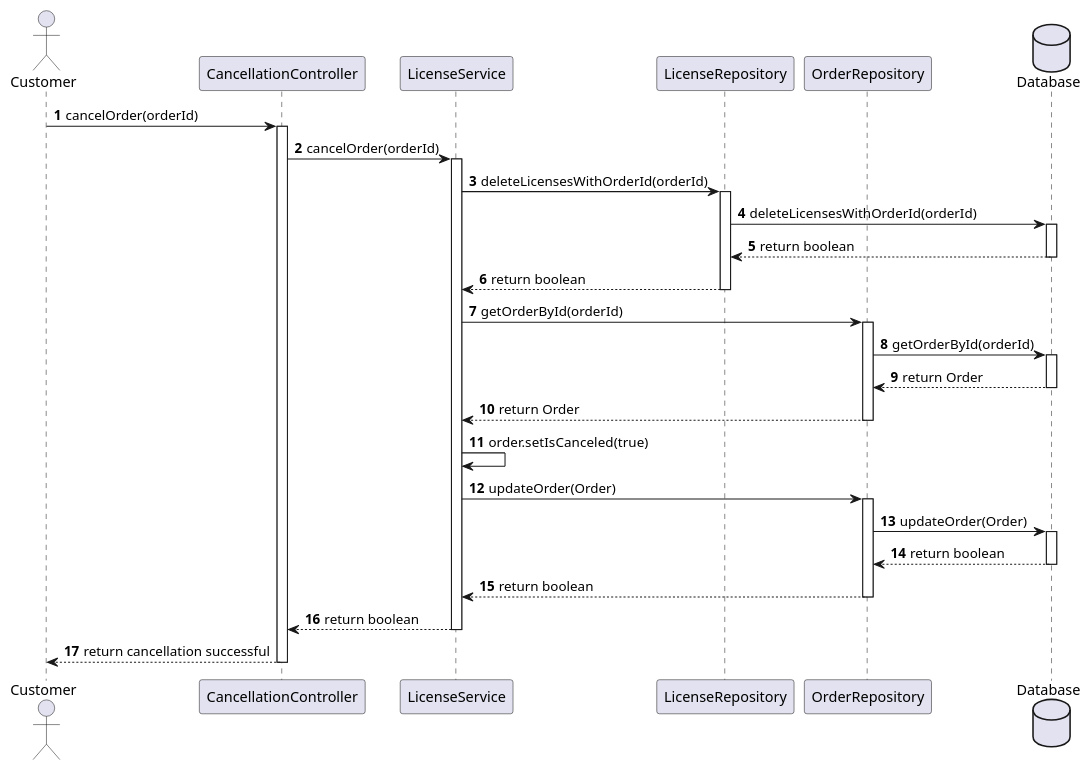
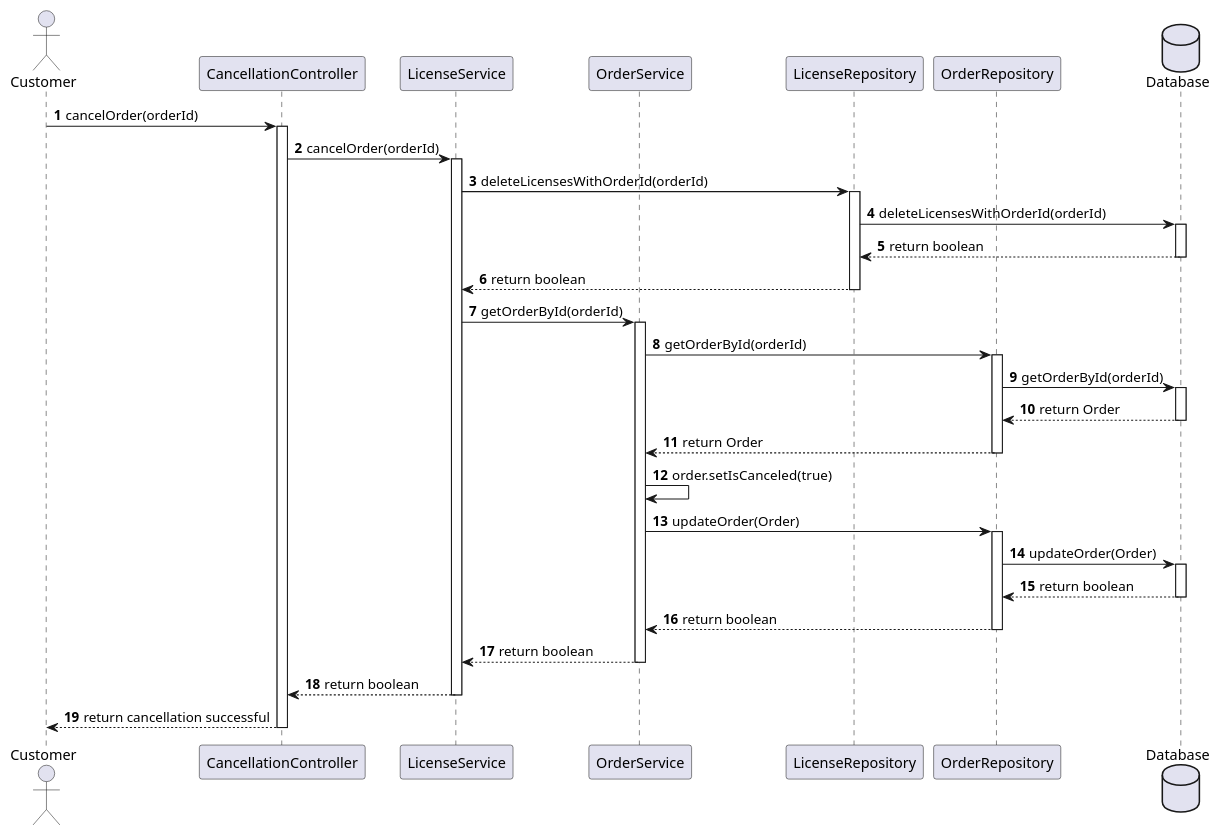
The diagram in Phase_1/CancelProduct.puml (ljbg1996/car-backend), drawn with PlantUML before and after one commit.

Commit message:
CancelProduct update

```diff
--- a/Phase_1/CancelProduct.puml
+++ b/Phase_1/CancelProduct.puml
@@ -1,53 +1,58 @@
 @startuml
 'https://plantuml.com/sequence-diagram
 
 autonumber
 
 actor Customer as c
 participant CancellationController as cc
 participant LicenseService as ls
+participant OrderService as os
 participant LicenseRepository as lr
 participant OrderRepository as or
 database Database as db
 
 c -> cc: cancelOrder(orderId)
 activate cc
 cc -> ls: cancelOrder(orderId)
 
 activate ls
 ls -> lr: deleteLicensesWithOrderId(orderId)
 activate lr
 lr -> db: deleteLicensesWithOrderId(orderId)
 activate db
 
 db --> lr: return boolean
 deactivate db
 
 lr --> ls: return boolean
 deactivate lr
-ls -> or: getOrderById(orderId)
+ls -> os: getOrderById(orderId)
+activate os
+os -> or: getOrderById(orderId)
 activate or
 or -> db: getOrderById(orderId)
 activate db
 db --> or: return Order
 deactivate db
 
-or --> ls: return Order
+or --> os: return Order
 deactivate or
-ls -> ls: order.setIsCanceled(true)
-ls -> or: updateOrder(Order)
+os -> os: order.setIsCanceled(true)
+os -> or: updateOrder(Order)
 activate or
 or -> db: updateOrder(Order)
 activate db
 db --> or: return boolean
 deactivate db
-or --> ls: return boolean
+or --> os: return boolean
 deactivate or
+os -->ls: return boolean
+deactivate os
 ls --> cc: return boolean
 deactivate ls
 cc --> c: return cancellation successful
 deactivate cc
 
 
 
 @enduml
```
